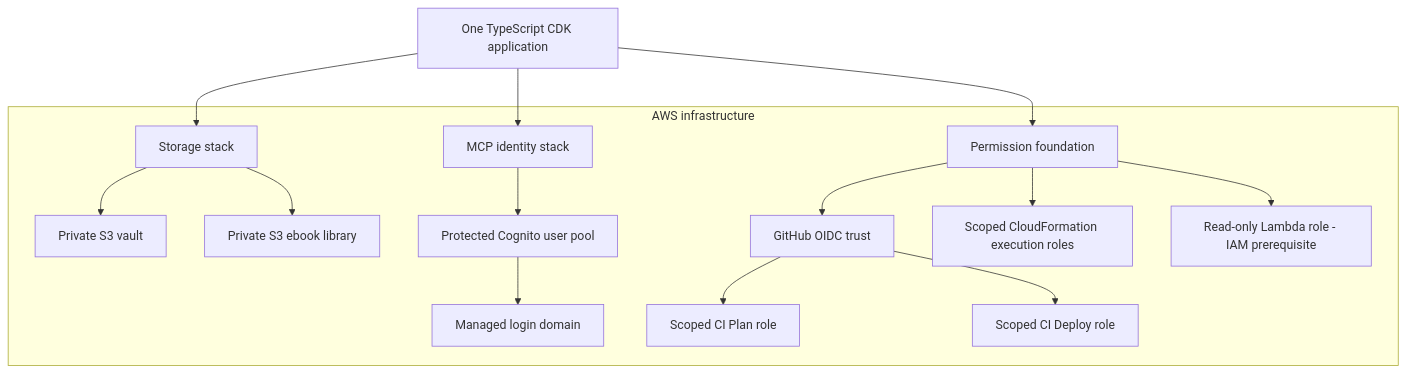
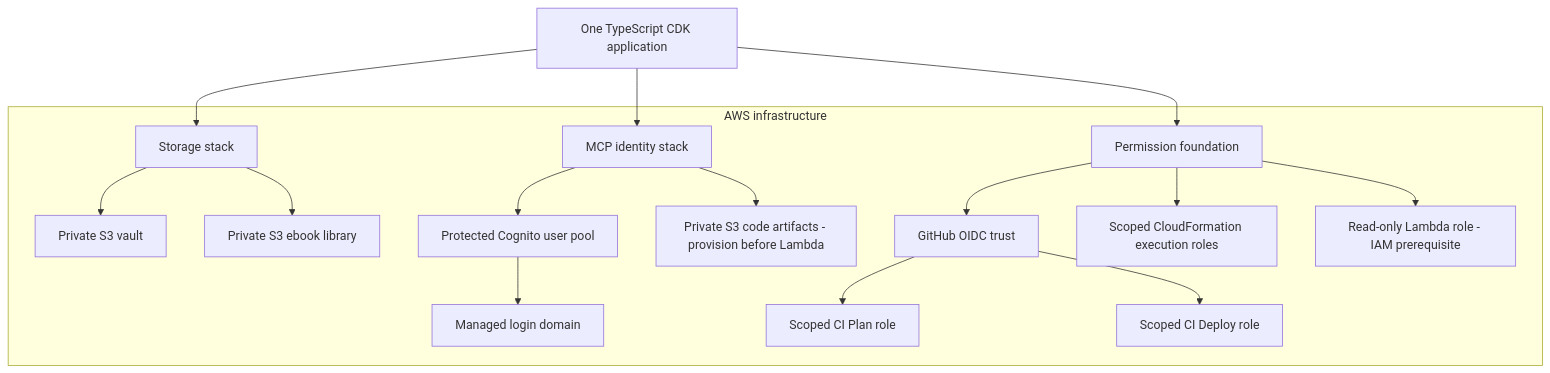
One commit to yepengfan/obsidian-workflow-infra changed the first of 2 diagrams in README.md. Above: the diagram before and after it, drawn with Mermaid. The commit also changed 9 other files, not shown here.

Commit message:
feat(infra): provision private Lambda code artifact storage

````diff
--- a/README.md
+++ b/README.md
@@ -11,19 +11,20 @@
 ```mermaid
 flowchart TB
     App["One TypeScript CDK application"]
     App --> Storage["Storage stack"]
     App --> Identity["MCP identity stack"]
     App --> Foundation["Permission foundation"]
 
     subgraph AWS["AWS infrastructure"]
         Storage --> Vault["Private S3 vault"]
         Storage --> Library["Private S3 ebook library"]
         Identity --> Pool["Protected Cognito user pool"]
         Pool --> Login["Managed login domain"]
+        Identity --> CodeAssets["Private S3 code artifacts - provision before Lambda"]
         Foundation --> OIDC["GitHub OIDC trust"]
         OIDC --> PlanRole["Scoped CI Plan role"]
         OIDC --> DeployRole["Scoped CI Deploy role"]
         Foundation --> Execution["Scoped CloudFormation execution roles"]
         Foundation --> RuntimeRole["Read-only Lambda role - IAM prerequisite"]
     end
 ```
````
